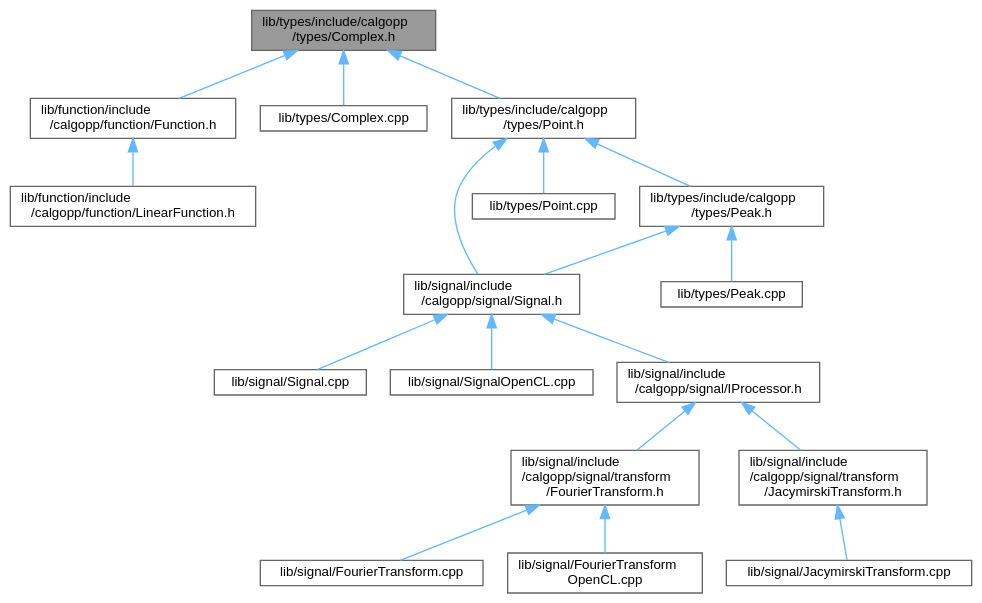
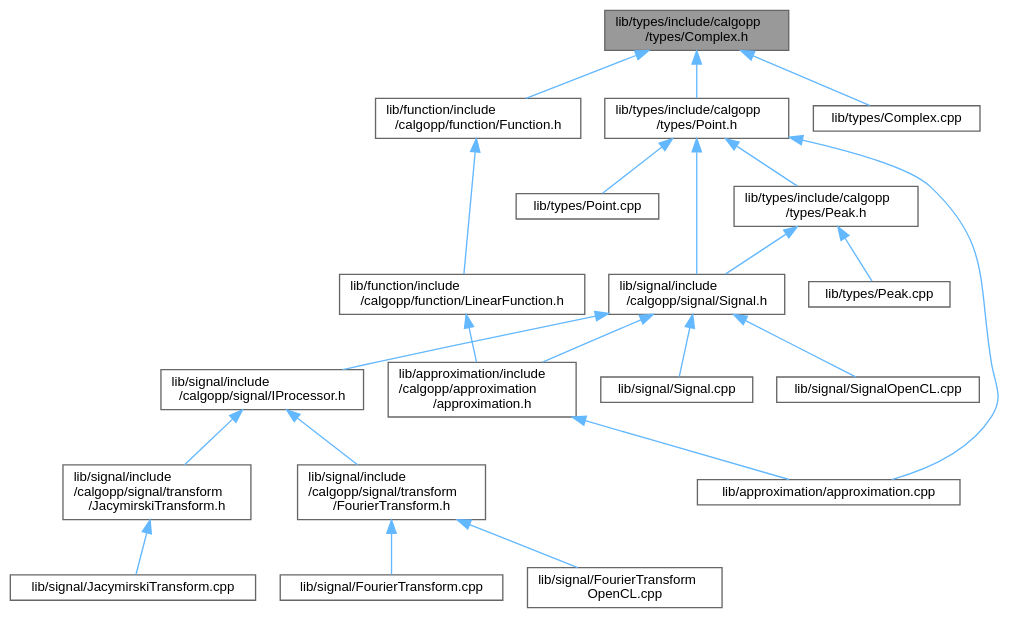
One commit to pawelekg95/algopp changed the diagram in Complex_8h__dep__incl.dot. Above: the diagram before and after it, drawn with Graphviz. The commit also changed 97 other files, not shown here.

```diff
--- a/Complex_8h__dep__incl.dot
+++ b/Complex_8h__dep__incl.dot
@@ -1,41 +1,47 @@
 digraph "lib/types/include/calgopp/types/Complex.h"
 {
  // LATEX_PDF_SIZE
   bgcolor="transparent";
   edge [fontname=Helvetica,fontsize=10,labelfontname=Helvetica,labelfontsize=10];
   node [fontname=Helvetica,fontsize=10,shape=box,height=0.2,width=0.4];
   Node1 [label="lib/types/include/calgopp\l/types/Complex.h",height=0.2,width=0.4,color="gray40", fillcolor="grey60", style="filled", fontcolor="black",tooltip=" "];
   Node1 -> Node2 [dir="back",color="steelblue1",style="solid"];
   Node2 [label="lib/function/include\l/calgopp/function/Function.h",height=0.2,width=0.4,color="grey40", fillcolor="white", style="filled",URL="$Function_8h.html",tooltip=" "];
   Node2 -> Node3 [dir="back",color="steelblue1",style="solid"];
   Node3 [label="lib/function/include\l/calgopp/function/LinearFunction.h",height=0.2,width=0.4,color="grey40", fillcolor="white", style="filled",URL="$LinearFunction_8h.html",tooltip=" "];
-  Node1 -> Node4 [dir="back",color="steelblue1",style="solid"];
-  Node4 [label="lib/types/Complex.cpp",height=0.2,width=0.4,color="grey40", fillcolor="white", style="filled",URL="$Complex_8cpp.html",tooltip=" "];
-  Node1 -> Node5 [dir="back",color="steelblue1",style="solid"];
-  Node5 [label="lib/types/include/calgopp\l/types/Point.h",height=0.2,width=0.4,color="grey40", fillcolor="white", style="filled",URL="$Point_8h.html",tooltip=" "];
-  Node5 -> Node6 [dir="back",color="steelblue1",style="solid"];
-  Node6 [label="lib/signal/include\l/calgopp/signal/Signal.h",height=0.2,width=0.4,color="grey40", fillcolor="white", style="filled",URL="$Signal_8h.html",tooltip=" "];
-  Node6 -> Node7 [dir="back",color="steelblue1",style="solid"];
-  Node7 [label="lib/signal/Signal.cpp",height=0.2,width=0.4,color="grey40", fillcolor="white", style="filled",URL="$Signal_8cpp.html",tooltip=" "];
-  Node6 -> Node8 [dir="back",color="steelblue1",style="solid"];
-  Node8 [label="lib/signal/SignalOpenCL.cpp",height=0.2,width=0.4,color="grey40", fillcolor="white", style="filled",URL="$SignalOpenCL_8cpp.html",tooltip=" "];
-  Node6 -> Node9 [dir="back",color="steelblue1",style="solid"];
-  Node9 [label="lib/signal/include\l/calgopp/signal/IProcessor.h",height=0.2,width=0.4,color="grey40", fillcolor="white", style="filled",URL="$IProcessor_8h.html",tooltip=" "];
-  Node9 -> Node10 [dir="back",color="steelblue1",style="solid"];
-  Node10 [label="lib/signal/include\l/calgopp/signal/transform\l/FourierTransform.h",height=0.2,width=0.4,color="grey40", fillcolor="white", style="filled",URL="$FourierTransform_8h.html",tooltip=" "];
-  Node10 -> Node11 [dir="back",color="steelblue1",style="solid"];
-  Node11 [label="lib/signal/FourierTransform.cpp",height=0.2,width=0.4,color="grey40", fillcolor="white", style="filled",URL="$FourierTransform_8cpp.html",tooltip=" "];
-  Node10 -> Node12 [dir="back",color="steelblue1",style="solid"];
-  Node12 [label="lib/signal/FourierTransform\lOpenCL.cpp",height=0.2,width=0.4,color="grey40", fillcolor="white", style="filled",URL="$FourierTransformOpenCL_8cpp.html",tooltip=" "];
-  Node9 -> Node13 [dir="back",color="steelblue1",style="solid"];
-  Node13 [label="lib/signal/include\l/calgopp/signal/transform\l/JacymirskiTransform.h",height=0.2,width=0.4,color="grey40", fillcolor="white", style="filled",URL="$JacymirskiTransform_8h.html",tooltip=" "];
-  Node13 -> Node14 [dir="back",color="steelblue1",style="solid"];
-  Node14 [label="lib/signal/JacymirskiTransform.cpp",height=0.2,width=0.4,color="grey40", fillcolor="white", style="filled",URL="$JacymirskiTransform_8cpp.html",tooltip=" "];
-  Node5 -> Node15 [dir="back",color="steelblue1",style="solid"];
-  Node15 [label="lib/types/Point.cpp",height=0.2,width=0.4,color="grey40", fillcolor="white", style="filled",URL="$Point_8cpp.html",tooltip=" "];
-  Node5 -> Node16 [dir="back",color="steelblue1",style="solid"];
-  Node16 [label="lib/types/include/calgopp\l/types/Peak.h",height=0.2,width=0.4,color="grey40", fillcolor="white", style="filled",URL="$Peak_8h.html",tooltip=" "];
-  Node16 -> Node6 [dir="back",color="steelblue1",style="solid"];
-  Node16 -> Node17 [dir="back",color="steelblue1",style="solid"];
-  Node17 [label="lib/types/Peak.cpp",height=0.2,width=0.4,color="grey40", fillcolor="white", style="filled",URL="$Peak_8cpp.html",tooltip=" "];
+  Node3 -> Node4 [dir="back",color="steelblue1",style="solid"];
+  Node4 [label="lib/approximation/include\l/calgopp/approximation\l/approximation.h",height=0.2,width=0.4,color="grey40", fillcolor="white", style="filled",URL="$approximation_8h.html",tooltip=" "];
+  Node4 -> Node5 [dir="back",color="steelblue1",style="solid"];
+  Node5 [label="lib/approximation/approximation.cpp",height=0.2,width=0.4,color="grey40", fillcolor="white", style="filled",URL="$approximation_8cpp.html",tooltip=" "];
+  Node1 -> Node6 [dir="back",color="steelblue1",style="solid"];
+  Node6 [label="lib/types/Complex.cpp",height=0.2,width=0.4,color="grey40", fillcolor="white", style="filled",URL="$Complex_8cpp.html",tooltip=" "];
+  Node1 -> Node7 [dir="back",color="steelblue1",style="solid"];
+  Node7 [label="lib/types/include/calgopp\l/types/Point.h",height=0.2,width=0.4,color="grey40", fillcolor="white", style="filled",URL="$Point_8h.html",tooltip=" "];
+  Node7 -> Node5 [dir="back",color="steelblue1",style="solid"];
+  Node7 -> Node8 [dir="back",color="steelblue1",style="solid"];
+  Node8 [label="lib/signal/include\l/calgopp/signal/Signal.h",height=0.2,width=0.4,color="grey40", fillcolor="white", style="filled",URL="$Signal_8h.html",tooltip=" "];
+  Node8 -> Node4 [dir="back",color="steelblue1",style="solid"];
+  Node8 -> Node9 [dir="back",color="steelblue1",style="solid"];
+  Node9 [label="lib/signal/Signal.cpp",height=0.2,width=0.4,color="grey40", fillcolor="white", style="filled",URL="$Signal_8cpp.html",tooltip=" "];
+  Node8 -> Node10 [dir="back",color="steelblue1",style="solid"];
+  Node10 [label="lib/signal/SignalOpenCL.cpp",height=0.2,width=0.4,color="grey40", fillcolor="white", style="filled",URL="$SignalOpenCL_8cpp.html",tooltip=" "];
+  Node8 -> Node11 [dir="back",color="steelblue1",style="solid"];
+  Node11 [label="lib/signal/include\l/calgopp/signal/IProcessor.h",height=0.2,width=0.4,color="grey40", fillcolor="white", style="filled",URL="$IProcessor_8h.html",tooltip=" "];
+  Node11 -> Node12 [dir="back",color="steelblue1",style="solid"];
+  Node12 [label="lib/signal/include\l/calgopp/signal/transform\l/FourierTransform.h",height=0.2,width=0.4,color="grey40", fillcolor="white", style="filled",URL="$FourierTransform_8h.html",tooltip=" "];
+  Node12 -> Node13 [dir="back",color="steelblue1",style="solid"];
+  Node13 [label="lib/signal/FourierTransform.cpp",height=0.2,width=0.4,color="grey40", fillcolor="white", style="filled",URL="$FourierTransform_8cpp.html",tooltip=" "];
+  Node12 -> Node14 [dir="back",color="steelblue1",style="solid"];
+  Node14 [label="lib/signal/FourierTransform\lOpenCL.cpp",height=0.2,width=0.4,color="grey40", fillcolor="white", style="filled",URL="$FourierTransformOpenCL_8cpp.html",tooltip=" "];
+  Node11 -> Node15 [dir="back",color="steelblue1",style="solid"];
+  Node15 [label="lib/signal/include\l/calgopp/signal/transform\l/JacymirskiTransform.h",height=0.2,width=0.4,color="grey40", fillcolor="white", style="filled",URL="$JacymirskiTransform_8h.html",tooltip=" "];
+  Node15 -> Node16 [dir="back",color="steelblue1",style="solid"];
+  Node16 [label="lib/signal/JacymirskiTransform.cpp",height=0.2,width=0.4,color="grey40", fillcolor="white", style="filled",URL="$JacymirskiTransform_8cpp.html",tooltip=" "];
+  Node7 -> Node17 [dir="back",color="steelblue1",style="solid"];
+  Node17 [label="lib/types/Point.cpp",height=0.2,width=0.4,color="grey40", fillcolor="white", style="filled",URL="$Point_8cpp.html",tooltip=" "];
+  Node7 -> Node18 [dir="back",color="steelblue1",style="solid"];
+  Node18 [label="lib/types/include/calgopp\l/types/Peak.h",height=0.2,width=0.4,color="grey40", fillcolor="white", style="filled",URL="$Peak_8h.html",tooltip=" "];
+  Node18 -> Node8 [dir="back",color="steelblue1",style="solid"];
+  Node18 -> Node19 [dir="back",color="steelblue1",style="solid"];
+  Node19 [label="lib/types/Peak.cpp",height=0.2,width=0.4,color="grey40", fillcolor="white", style="filled",URL="$Peak_8cpp.html",tooltip=" "];
 }
```
